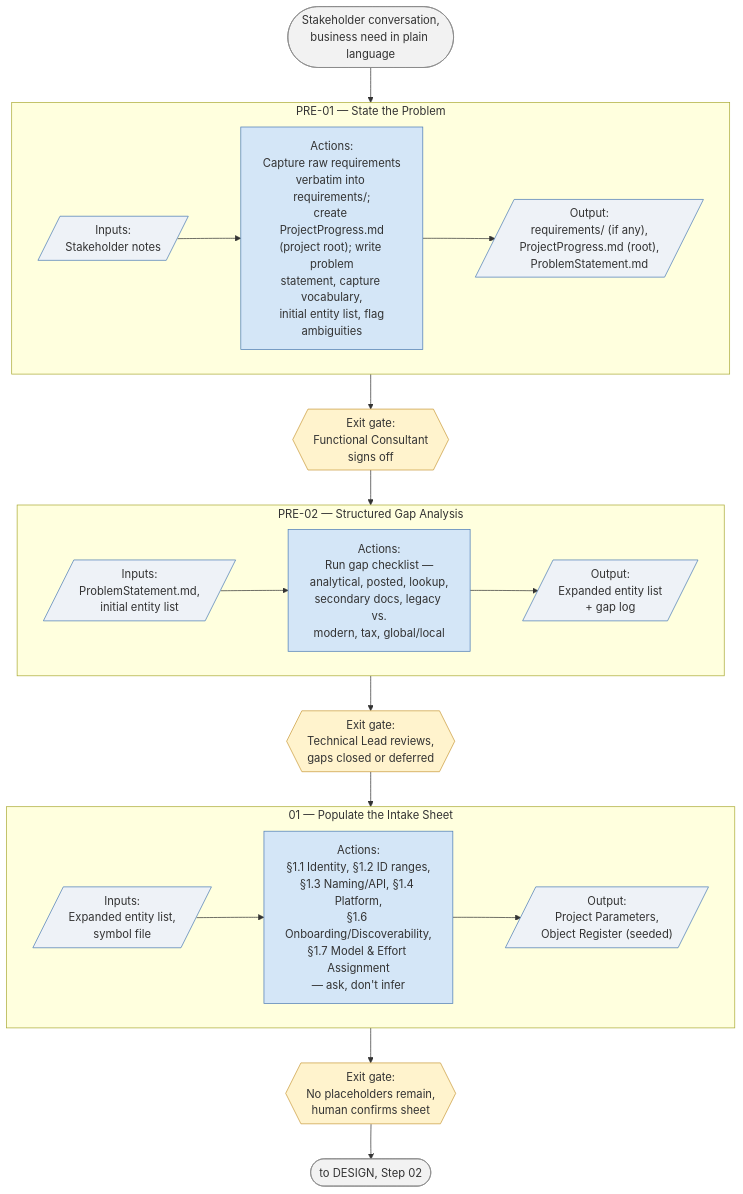
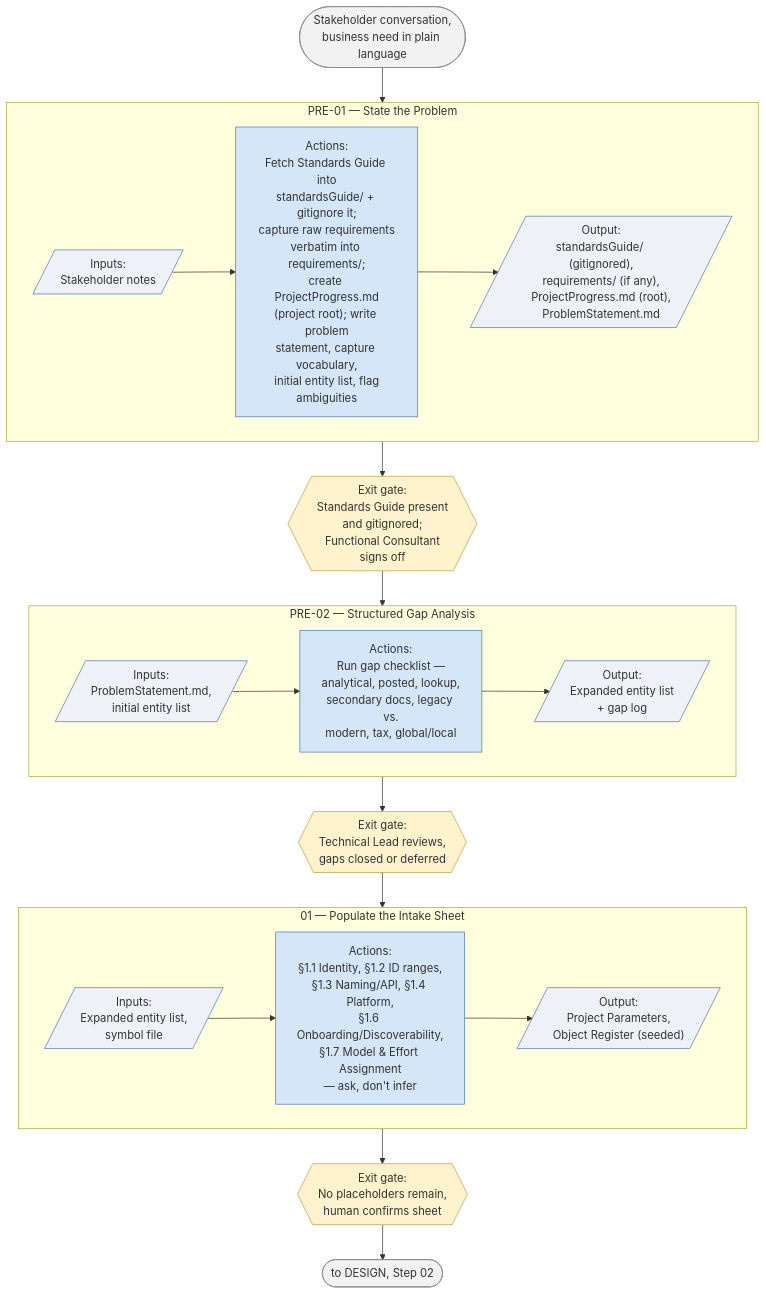
The third of 8 diagrams in RunbookSchematics.md (ajansari/ocpfBcAgenticDevFramework), drawn with Mermaid before and after one commit. The commit also changed other lines of this file and 7 other files, not shown here.

First line of the commit message:
Add Lite Outline for OCPF BC Agentic Development Framework and AL Development Standards Guide

````diff
--- a/RunbookSchematics.md
+++ b/RunbookSchematics.md
@@ -124,35 +126,35 @@
 ```mermaid
 flowchart TD
     Start(["Stakeholder conversation,<br/>business need in plain language"]) --> PRE01
 
     subgraph PRE01["PRE-01 — State the Problem"]
         direction LR
-        In1[/"Inputs:<br/>Stakeholder notes"/] --> Act1["Actions:<br/>Capture raw requirements<br/>verbatim into requirements/;<br/>create ProjectProgress.md<br/>(project root); write problem<br/>statement, capture vocabulary,<br/>initial entity list, flag<br/>ambiguities"] --> Out1[/"Output:<br/>requirements/ (if any),<br/>ProjectProgress.md (root),<br/>ProblemStatement.md"/]
+        In1[/"Inputs:<br/>Stakeholder notes"/] --> Act1["Actions:<br/>Fetch Standards Guide into<br/>standardsGuide/ + gitignore it;<br/>capture raw requirements<br/>verbatim into requirements/;<br/>create ProjectProgress.md<br/>(project root); write problem<br/>statement, capture vocabulary,<br/>initial entity list, flag<br/>ambiguities"] --> Out1[/"Output:<br/>standardsGuide/ (gitignored),<br/>requirements/ (if any),<br/>ProjectProgress.md (root),<br/>ProblemStatement.md"/]
     end
-    PRE01 --> Gate1{{"Exit gate:<br/>Functional Consultant<br/>signs off"}}
+    PRE01 --> Gate1{{"Exit gate:<br/>Standards Guide present<br/>and gitignored;<br/>Functional Consultant<br/>signs off"}}
 
     Gate1 --> PRE02
     subgraph PRE02["PRE-02 — Structured Gap Analysis"]
         direction LR
         In2[/"Inputs:<br/>ProblemStatement.md,<br/>initial entity list"/] --> Act2["Actions:<br/>Run gap checklist —<br/>analytical, posted, lookup,<br/>secondary docs, legacy vs.<br/>modern, tax, global/local"] --> Out2[/"Output:<br/>Expanded entity list<br/>+ gap log"/]
     end
     PRE02 --> Gate2{{"Exit gate:<br/>Technical Lead reviews,<br/>gaps closed or deferred"}}
 
     Gate2 --> S01
     subgraph S01["01 — Populate the Intake Sheet"]
         direction LR
         In3[/"Inputs:<br/>Expanded entity list,<br/>symbol file"/] --> Act3["Actions:<br/>§1.1 Identity, §1.2 ID ranges,<br/>§1.3 Naming/API, §1.4 Platform,<br/>§1.6 Onboarding/Discoverability,<br/>§1.7 Model & Effort Assignment<br/>— ask, don't infer"] --> Out3[/"Output:<br/>Project Parameters,<br/>Object Register (seeded)"/]
     end
     S01 --> Gate3{{"Exit gate:<br/>No placeholders remain,<br/>human confirms sheet"}}
 
     Gate3 --> Next(["to DESIGN, Step 02"])
 
     classDef io fill:#eef2f7,stroke:#4a7ab5,stroke-width:1px;
     classDef act fill:#d4e6f7,stroke:#4a7ab5,stroke-width:1px;
     classDef gate fill:#fff3cd,stroke:#c99a3a,stroke-width:1px;
     classDef endpoint fill:#f2f2f2,stroke:#888,stroke-width:1px;
     class In1,Out1,In2,Out2,In3,Out3 io;
     class Act1,Act2,Act3 act;
     class Gate1,Gate2,Gate3 gate;
     class Start,Next endpoint;
 ```
````
